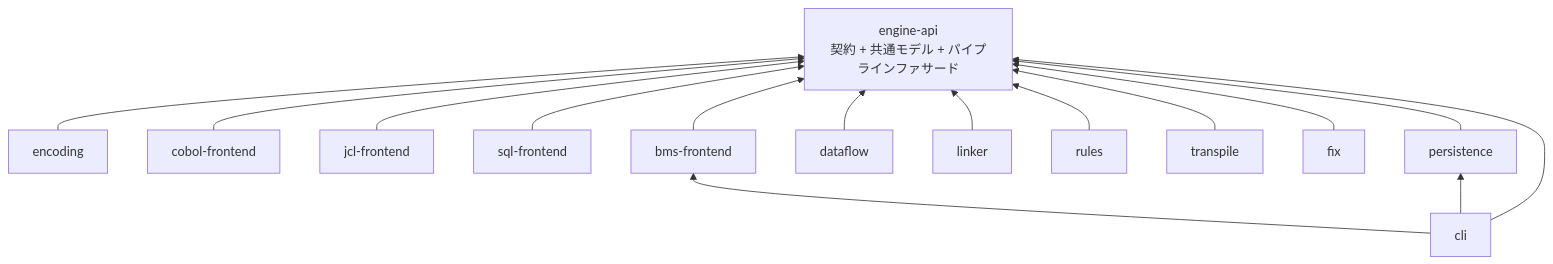
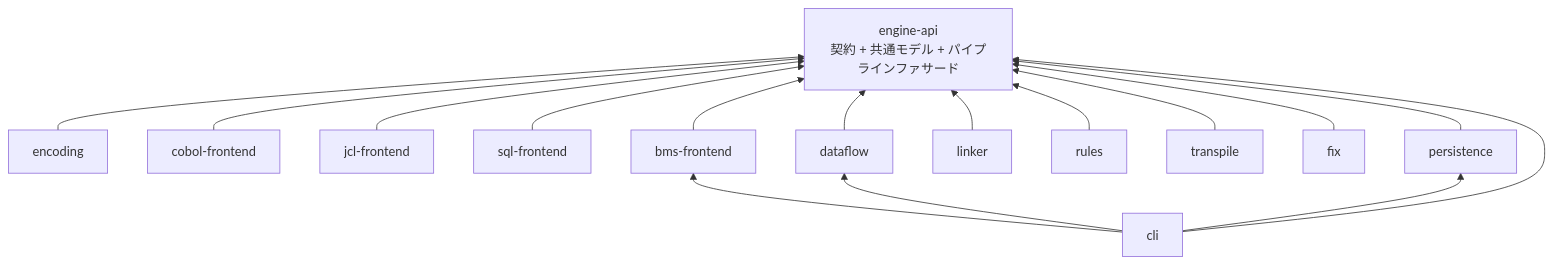
One commit to tomkd555/COBOL_Insight changed the second of 5 diagrams in docs/04_アーキテクチャ設計.md. Above: the diagram before and after it, drawn with Mermaid. The commit also changed other lines of this file and 44 other files, not shown here.

````diff
--- a/docs/04_アーキテクチャ設計.md
+++ b/docs/04_アーキテクチャ設計.md
@@ -73,18 +73,19 @@
 ```mermaid
 graph BT
   api["engine-api<br/>契約 + 共通モデル + パイプラインファサード"]
   encoding --> api
   cobolf["cobol-frontend"] --> api
   jclf["jcl-frontend"] --> api
   sqlf["sql-frontend"] --> api
   bmsf["bms-frontend"] --> api
   dataflow --> api
   linker --> api
   rules --> api
   transpile --> api
   fix --> api
   persistence --> api
   cli --> api
   cli --> persistence
   cli --> bmsf
+  cli --> dataflow
 ```
````
